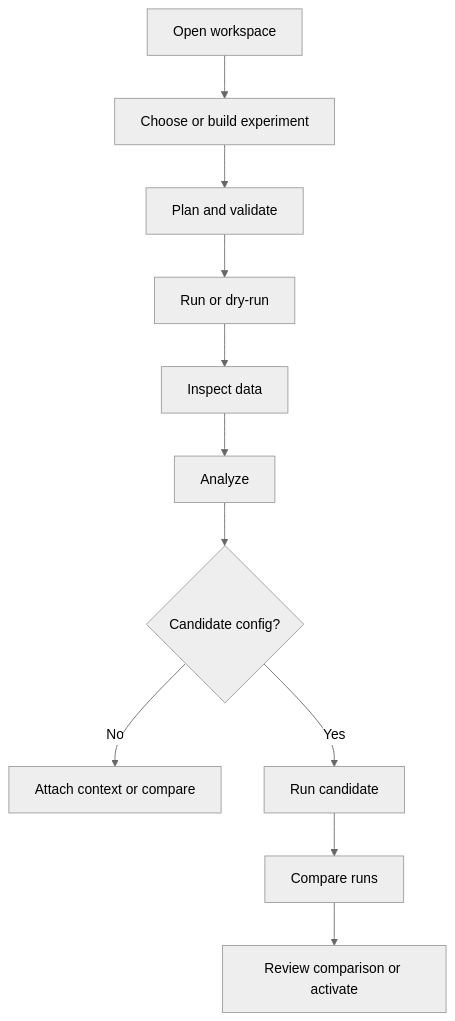
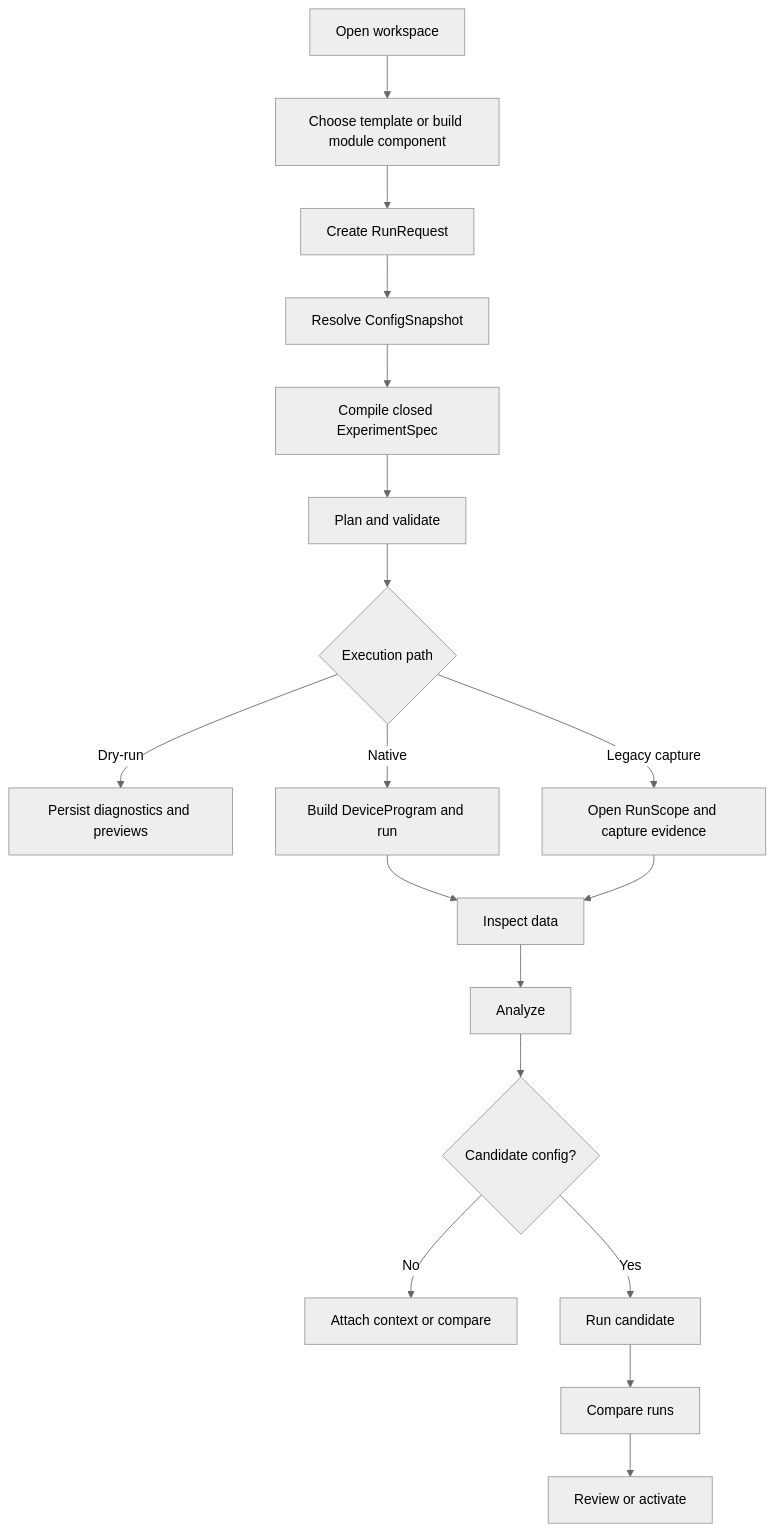
Before and after one commit to kahojyun/scopecat: the diagram in docs/experiment-workflow.md, drawn with Mermaid (neutral theme). The commit also changed other lines of this file and 6 other files, not shown here.

````diff
--- a/docs/experiment-workflow.md
+++ b/docs/experiment-workflow.md
@@ -26,13 +35,20 @@
 ```mermaid
 flowchart TD
-    A["Open workspace"] --> B["Choose or build experiment"]
-    B --> C["Plan and validate"]
-    C --> D["Run or dry-run"]
-    D --> E["Inspect data"]
-    E --> F["Analyze"]
-    F --> G{"Candidate config?"}
-    G -->|No| H["Attach context or compare"]
-    G -->|Yes| I["Run candidate"]
-    I --> J["Compare runs"]
-    J --> K["Review comparison or activate"]
+    A["Open workspace"] --> B["Choose template or build module component"]
+    B --> C["Create RunRequest"]
+    C --> D["Resolve ConfigSnapshot"]
+    D --> E["Compile closed ExperimentSpec"]
+    E --> F["Plan and validate"]
+    F --> G{"Execution path"}
+    G -->|Dry-run| H["Persist diagnostics and previews"]
+    G -->|Native| I["Build DeviceProgram and run"]
+    G -->|Legacy capture| J["Open RunScope and capture evidence"]
+    I --> K["Inspect data"]
+    J --> K
+    K --> L["Analyze"]
+    L --> M{"Candidate config?"}
+    M -->|No| N["Attach context or compare"]
+    M -->|Yes| O["Run candidate"]
+    O --> P["Compare runs"]
+    P --> Q["Review or activate"]
 ```
````
